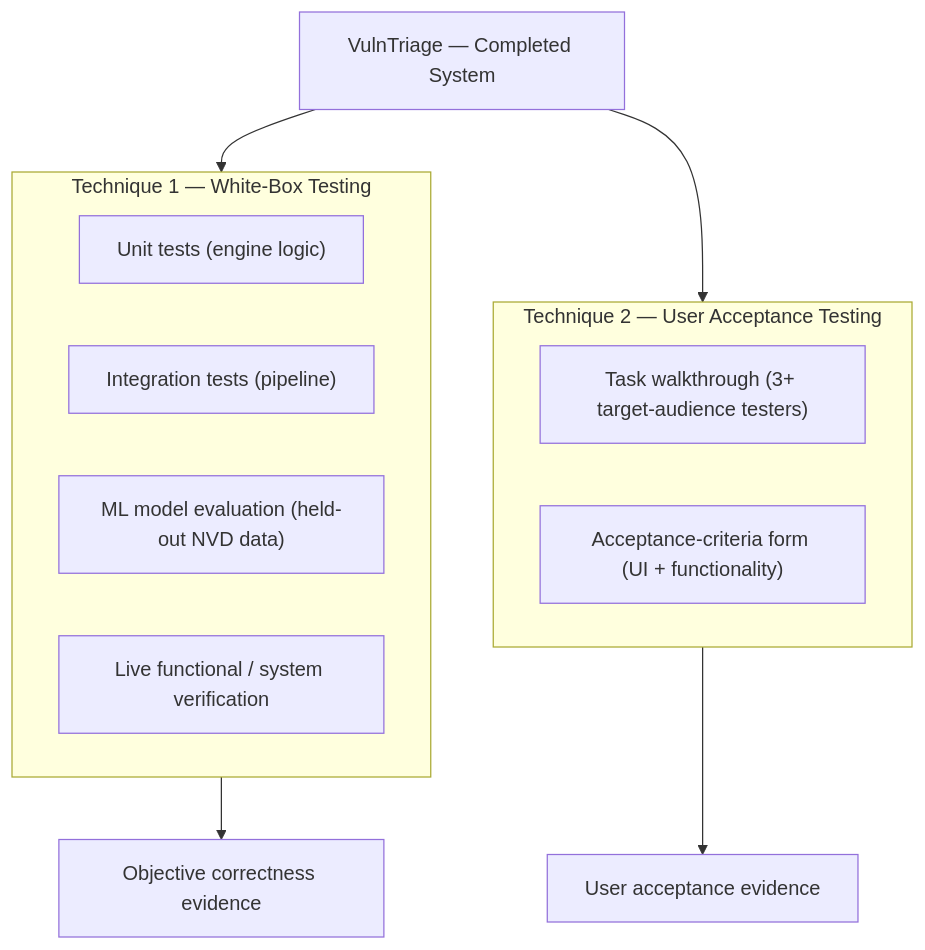
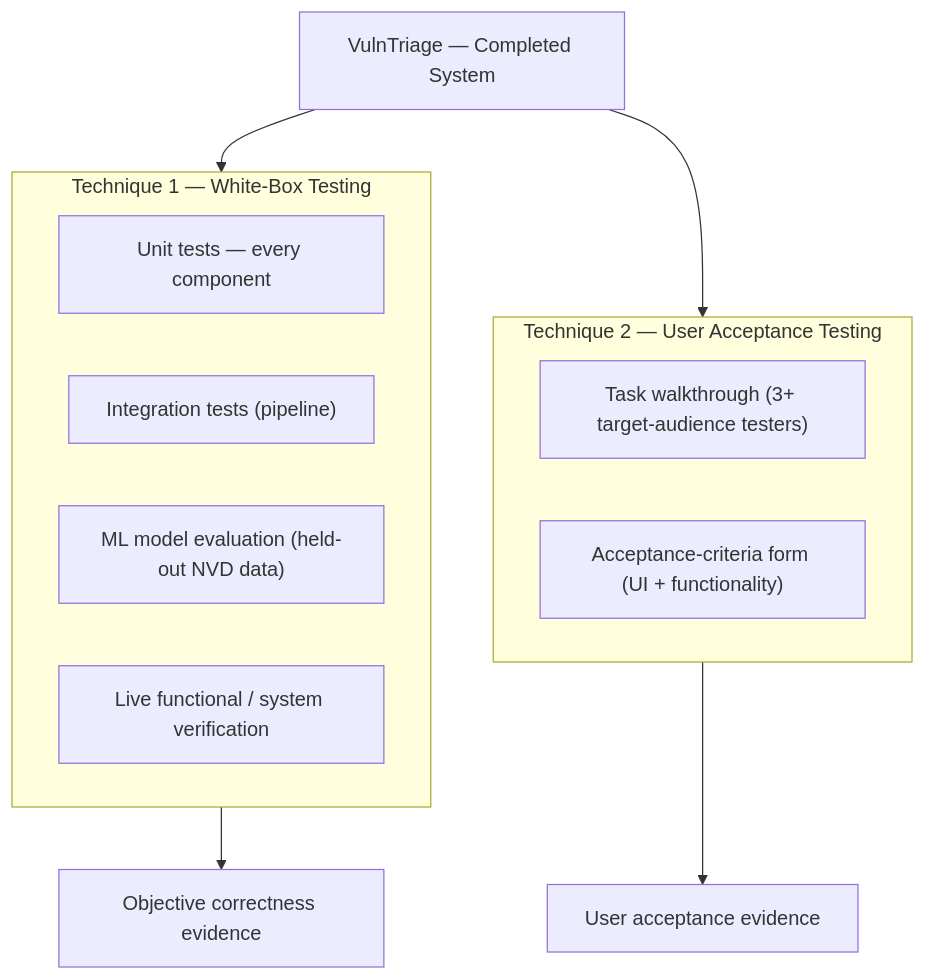
The diagram in docs/CHAPTER_5_RESULT_AND_DISCUSSION.md (raabindra/VulnTriage), drawn with Mermaid before and after one commit. The commit also changed other lines of this file and 1 other file, not shown here.

First line of the commit message:
docs: expand Chapter 5 white-box testing to cover every component

````diff
--- a/docs/CHAPTER_5_RESULT_AND_DISCUSSION.md
+++ b/docs/CHAPTER_5_RESULT_AND_DISCUSSION.md
@@ -29,18 +29,18 @@
 ```mermaid
 flowchart TB
     SUT["VulnTriage — Completed System"]
     subgraph WB["Technique 1 — White-Box Testing"]
-        UT["Unit tests (engine logic)"]
+        UT["Unit tests — every component"]
         IT["Integration tests (pipeline)"]
         ME["ML model evaluation (held-out NVD data)"]
         FV["Live functional / system verification"]
     end
     subgraph UAT["Technique 2 — User Acceptance Testing"]
         TS["Task walkthrough (3+ target-audience testers)"]
         AF["Acceptance-criteria form (UI + functionality)"]
     end
     SUT --> WB
     SUT --> UAT
     WB --> R1["Objective correctness evidence"]
     UAT --> R2["User acceptance evidence"]
 ```
````
